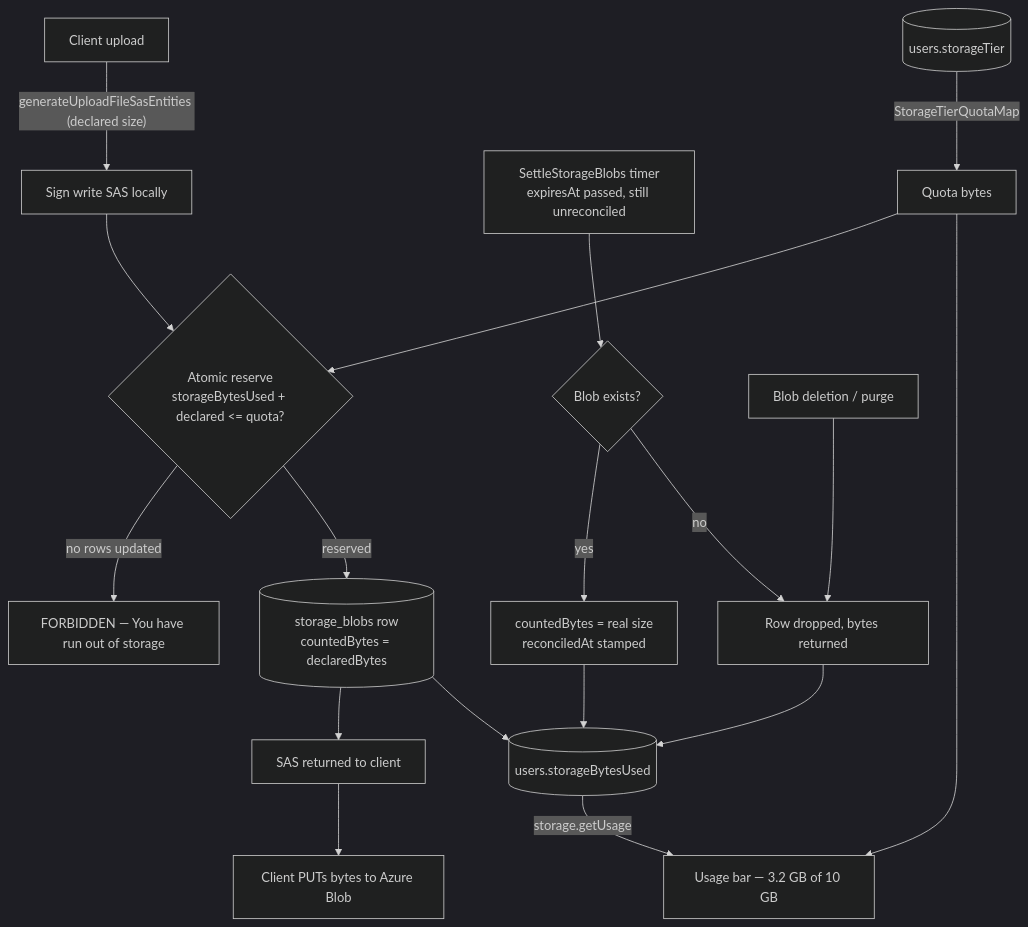
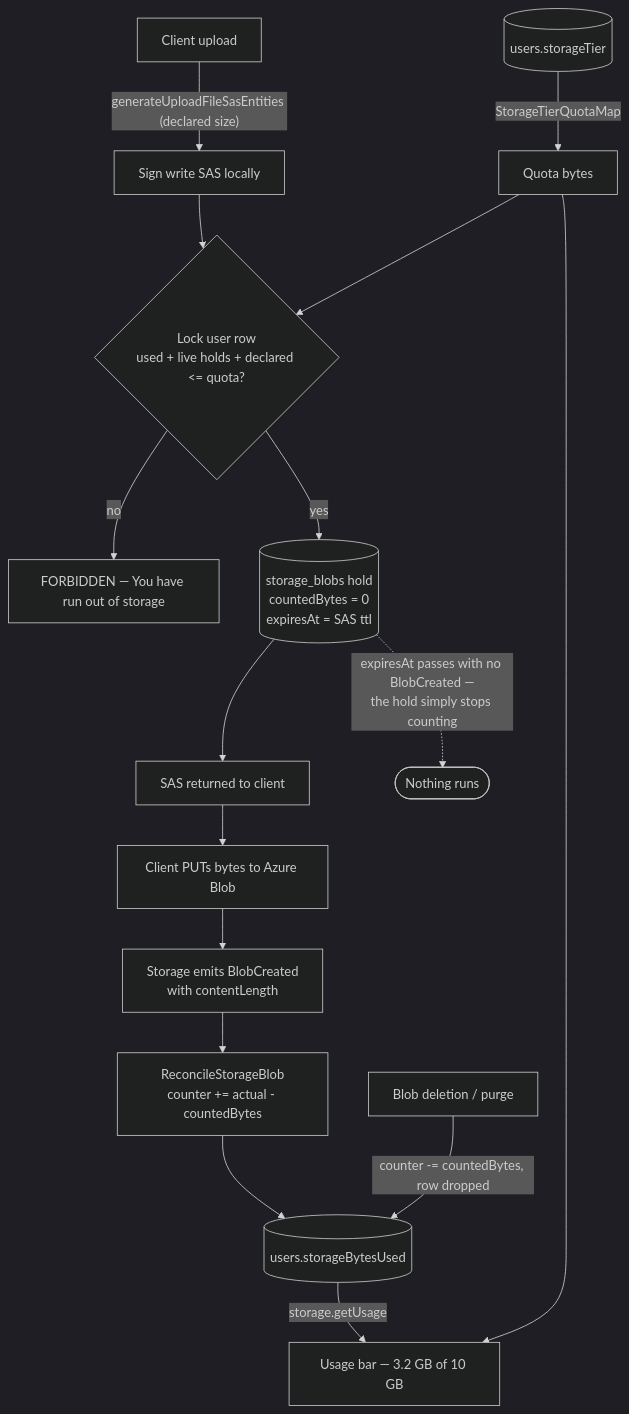
The diagram in packages/app/content/docs/platform/storage-quotas.md (Esposter/Esposter), drawn with Mermaid (dark theme) before and after one commit. The commit also changed other lines of this file and 26 other files, not shown here.

First line of the commit message:
refactor(platform): charge storage quotas from BlobCreated, not a timer

````diff
--- a/packages/app/content/docs/platform/storage-quotas.md
+++ b/packages/app/content/docs/platform/storage-quotas.md
@@ -21,20 +23,18 @@
 ```mermaid
 flowchart TD
   client[Client upload] -->|"generateUploadFileSasEntities (declared size)"| sign[Sign write SAS locally]
-  sign --> reserve{"Atomic reserve<br/>storageBytesUsed + declared &lt;= quota?"}
-  reserve -->|no rows updated| reject["FORBIDDEN — You have run out of storage"]
-  reserve -->|reserved| ledger[("storage_blobs row<br/>countedBytes = declaredBytes")]
+  sign --> reserve{"Lock user row<br/>used + live holds + declared &lt;= quota?"}
+  reserve -->|no| reject["FORBIDDEN — You have run out of storage"]
+  reserve -->|yes| ledger[("storage_blobs hold<br/>countedBytes = 0<br/>expiresAt = SAS ttl")]
   ledger --> respond[SAS returned to client]
   respond --> put[Client PUTs bytes to Azure Blob]
-  sweep["SettleStorageBlobs timer<br/>expiresAt passed, still unreconciled"] --> probe{Blob exists?}
-  probe -->|yes| reconcile["countedBytes = real size<br/>reconciledAt stamped"]
-  probe -->|no| release[Row dropped, bytes returned]
-  del["Blob deletion / purge"] --> release
+  put --> created["Storage emits BlobCreated<br/>with contentLength"]
+  created --> reconcile["ReconcileStorageBlob<br/>counter += actual - countedBytes"]
   reconcile --> counter[("users.storageBytesUsed")]
-  release --> counter
-  ledger --> counter
+  del["Blob deletion / purge"] -->|"counter -= countedBytes, row dropped"| counter
+  ledger -.->|"expiresAt passes with no BlobCreated —<br/>the hold simply stops counting"| gone(["Nothing runs"])
   counter -->|storage.getUsage| ui["Usage bar — 3.2 GB of 10 GB"]
   tier[("users.storageTier")] -->|StorageTierQuotaMap| quota[Quota bytes]
   quota --> reserve
   quota --> ui
 ```
````
